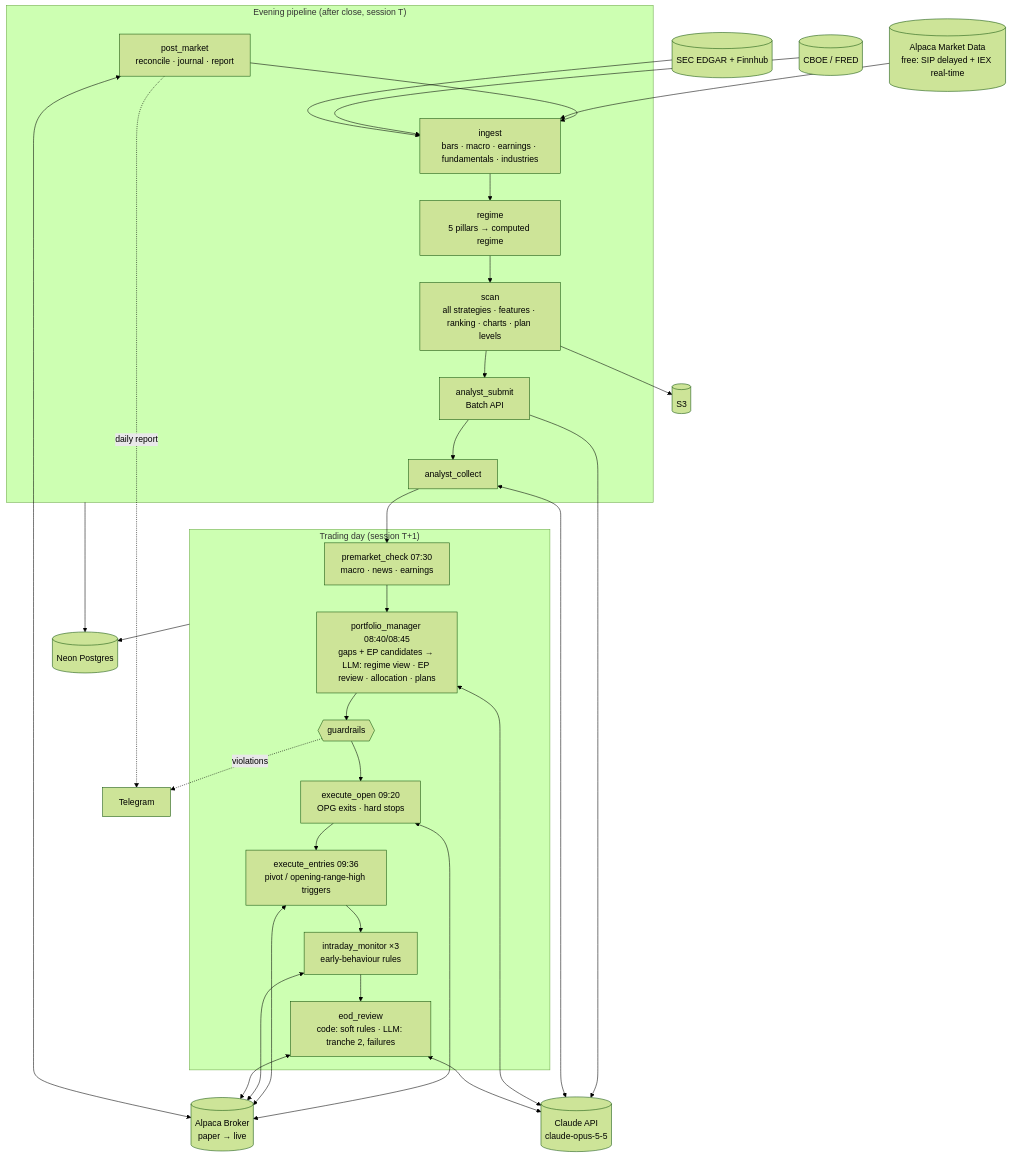
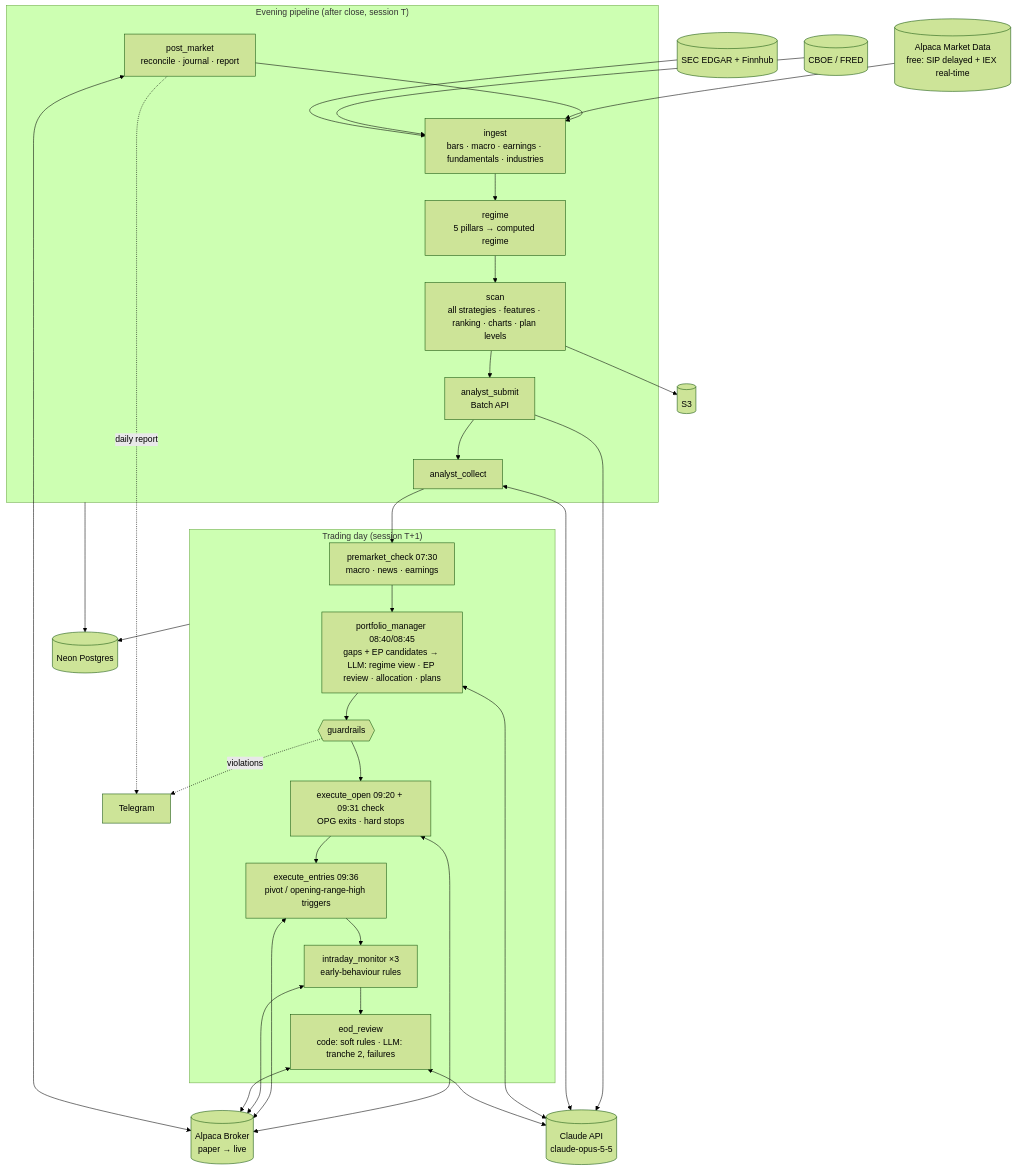
Before and after one commit to Dima252/AuraTrade: the diagram in README.md, drawn with Mermaid (forest theme). The commit also changed other lines of this file and 2 other files, not shown here.

````diff
--- a/README.md
+++ b/README.md
@@ -52,52 +52,52 @@
 ```mermaid
 flowchart TD
     subgraph EVE["Evening pipeline (after close, session T)"]
         PM1[post_market<br/>reconcile · journal · report]
         ING[ingest<br/>bars · macro · earnings · fundamentals · industries]
         REG[regime<br/>5 pillars → computed regime]
         SCAN[scan<br/>all strategies · features · ranking · charts · plan levels]
         ANS[analyst_submit<br/>Batch API]
         ANC[analyst_collect]
         PM1 --> ING --> REG --> SCAN --> ANS --> ANC
     end
 
     subgraph MORN["Trading day (session T+1)"]
         PRE[premarket_check 07:30<br/>macro · news · earnings]
         PMG[portfolio_manager 08:40/08:45<br/>gaps + EP candidates → LLM: regime view · EP review · allocation · plans]
         GR{{guardrails}}
-        EXO[execute_open 09:20<br/>OPG exits · hard stops]
+        EXO[execute_open 09:20 + 09:31 check<br/>OPG exits · hard stops]
         EXE[execute_entries 09:36<br/>pivot / opening-range-high triggers]
         MON[intraday_monitor ×3<br/>early-behaviour rules]
         EOD[eod_review<br/>code: soft rules · LLM: tranche 2, failures]
         PRE --> PMG --> GR --> EXO --> EXE --> MON --> EOD
     end
 
     ANC --> PRE
 
     ALPD[(Alpaca Market Data<br/>free: SIP delayed + IEX real-time)]
     ALPB[(Alpaca Broker<br/>paper → live)]
     MAC[(CBOE / FRED)]
     FUN[(SEC EDGAR + Finnhub)]
     CL[(Claude API<br/>claude-opus-5-5)]
     DB[(Neon Postgres)]
     S3[(S3)]
     TG[Telegram]
 
     ALPD --> ING
     MAC --> ING
     FUN --> ING
     ANS --> CL
     ANC <--> CL
     PMG <--> CL
     EOD <--> CL
     EXO <--> ALPB
     EXE <--> ALPB
     MON <--> ALPB
     EOD <--> ALPB
     PM1 <--> ALPB
     EVE --> DB
     MORN --> DB
     SCAN --> S3
     GR -. violations .-> TG
     PM1 -. daily report .-> TG
 ```
````
